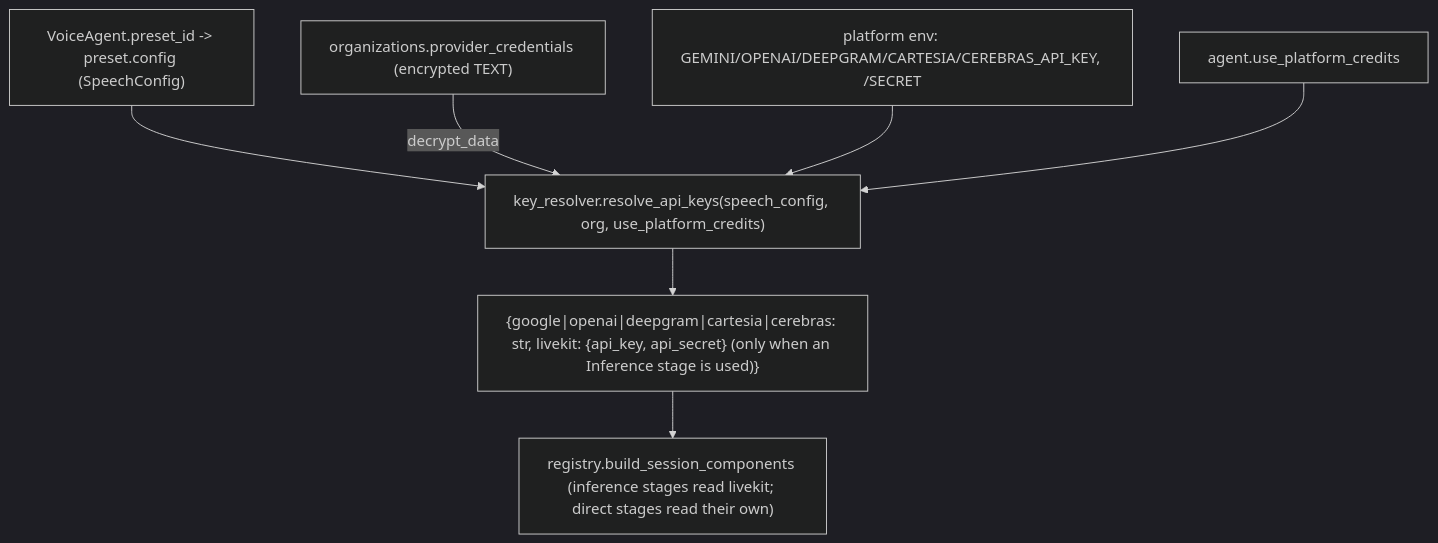
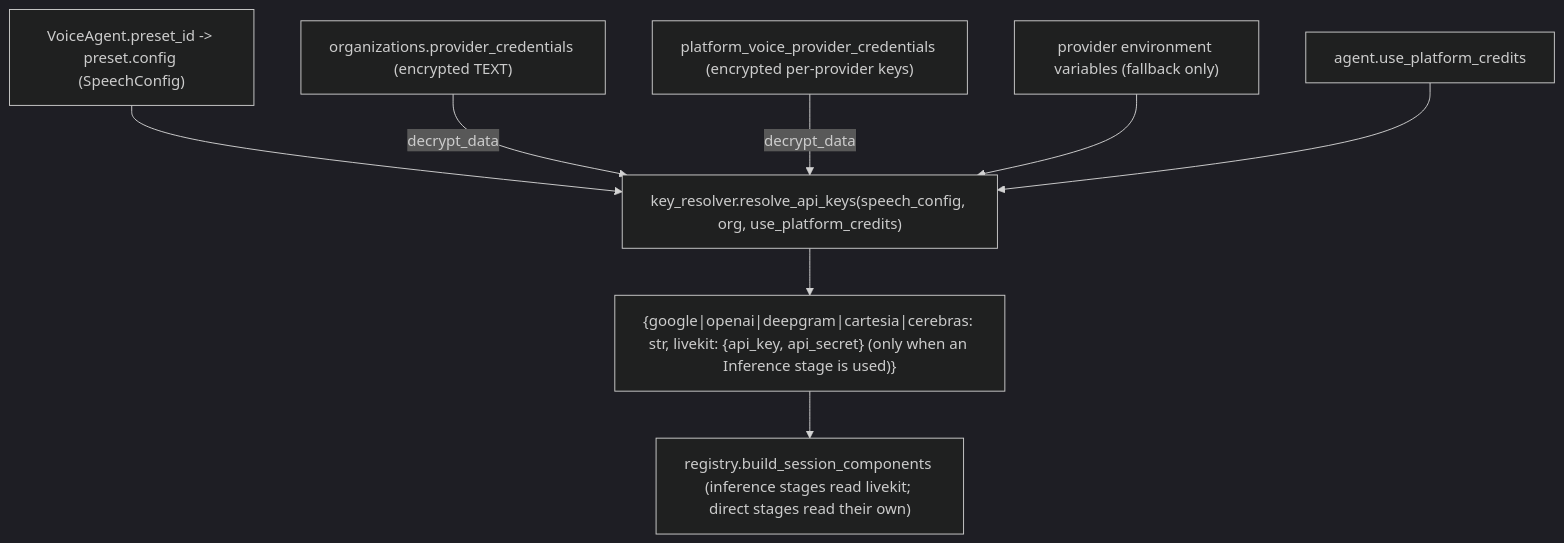
The sixth of 9 diagrams in docs/01_architecture/voice_engine_pipeline_design.md (gauravdhiman/a1-voice-agent-platform), drawn with Mermaid (dark theme) before and after one commit. The commit also changed other lines of this file and 40 other files, not shown here.

````diff
--- a/docs/01_architecture/voice_engine_pipeline_design.md
+++ b/docs/01_architecture/voice_engine_pipeline_design.md
@@ -281,9 +282,10 @@
 ```mermaid
 flowchart TD
     Agent["VoiceAgent.preset_id -> preset.config (SpeechConfig)"] --> Resolver["key_resolver.resolve_api_keys(speech_config, org, use_platform_credits)"]
     Blob["organizations.provider_credentials (encrypted TEXT)"] -->|decrypt_data| Resolver
-    Plat["platform env: GEMINI/OPENAI/DEEPGRAM/CARTESIA/CEREBRAS_API_KEY, /SECRET"] --> Resolver
+    PlatformDB["platform_voice_provider_credentials (encrypted per-provider keys)"] -->|decrypt_data| Resolver
+    Env["provider environment variables (fallback only)"] --> Resolver
     Credits["agent.use_platform_credits"] --> Resolver
     Resolver --> Map["{google|openai|deepgram|cartesia|cerebras: str, livekit: {api_key, api_secret} (only when an Inference stage is used)}"]
     Map --> Factories["registry.build_session_components (inference stages read livekit; direct stages read their own)"]
 ```
````
